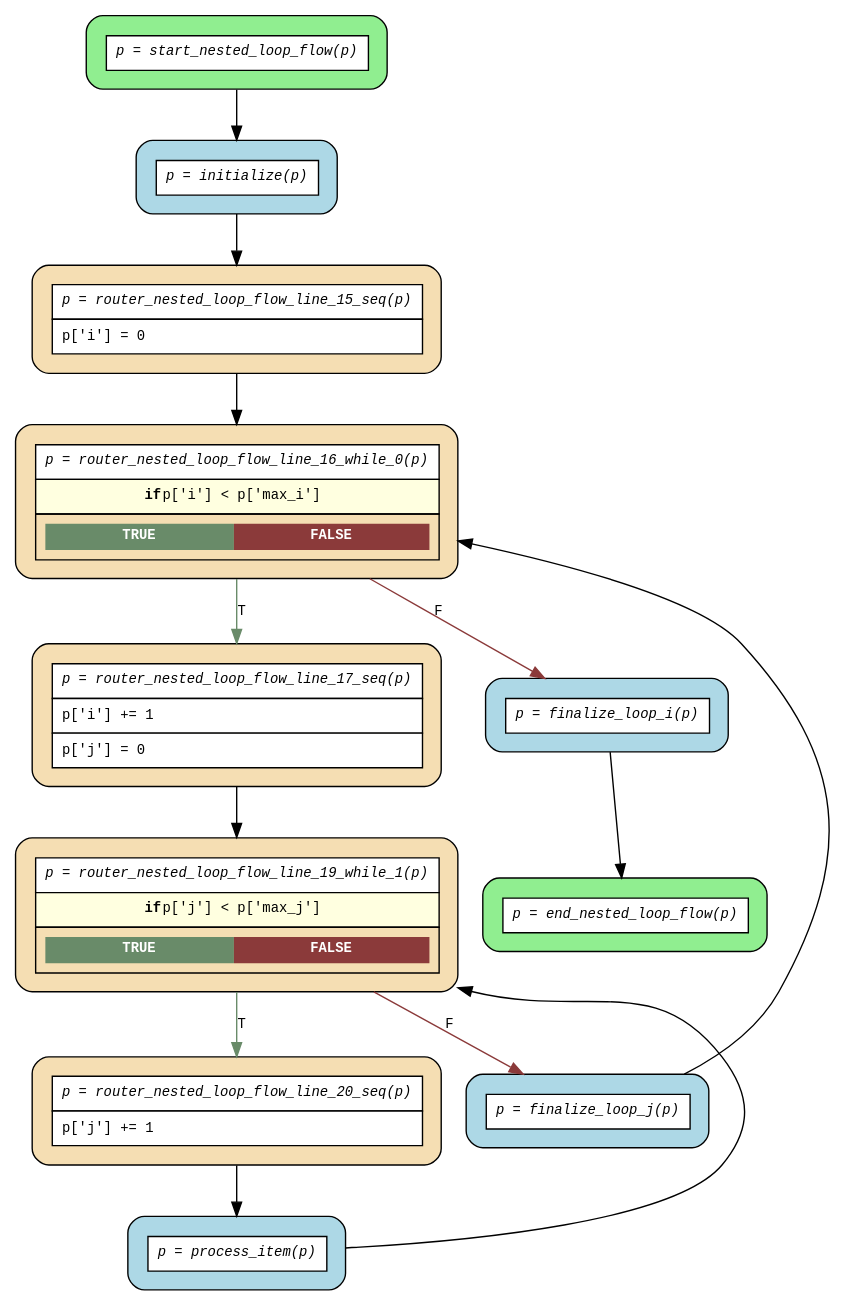
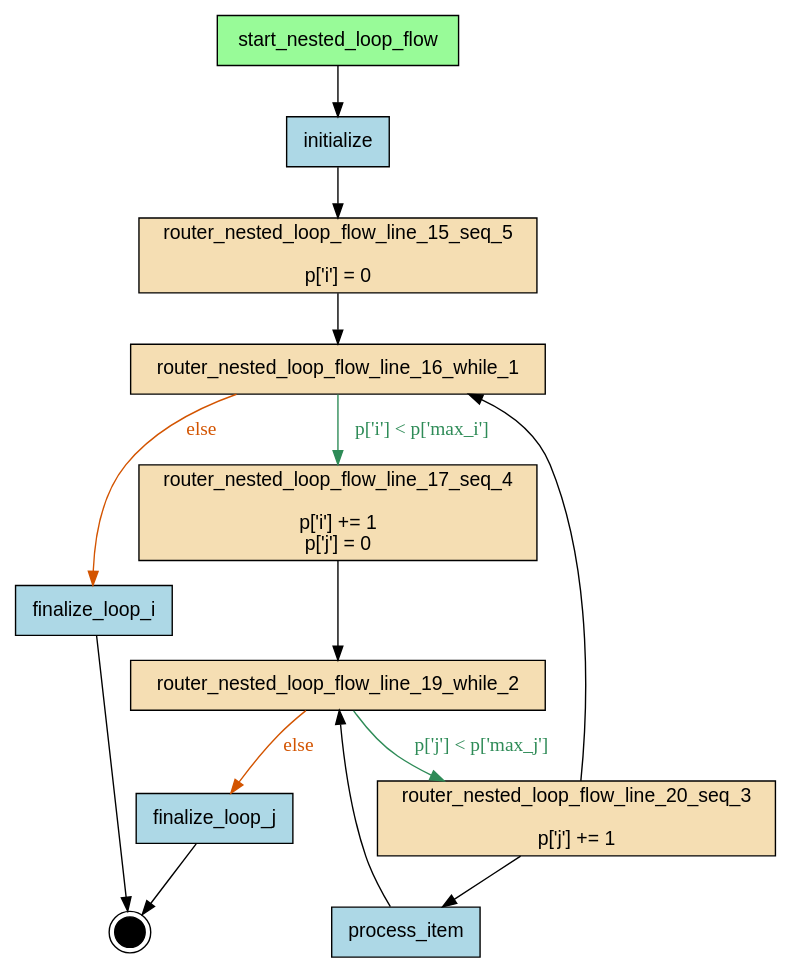
The diagram in examples/flows/compiled/while_nested_loop/flow.dot (deliveryhero/asya), drawn with Graphviz before and after one commit. The commit also changed 413 other files, not shown here.

First line of the commit message:
refactor(compiler): Phase 1 — replace ir/grouper/dotgen with analyzer/graphgen (#337)

```diff
--- a/examples/flows/compiled/while_nested_loop/flow.dot
+++ b/examples/flows/compiled/while_nested_loop/flow.dot
@@ -1,31 +1,33 @@
-digraph flow {
-  rankdir=TB;
-  graph [fontname="Courier", fontsize=10];
-  node [fontname="Courier", fontsize=10, shape=box, style="filled,rounded", margin="0.2"];
-  edge [fontname="Courier", fontsize=10];
+digraph "nested_loop_flow" {
+    rankdir=TB;
+    node [shape=box, style=filled, fontname="Helvetica"];
 
-  start_nested_loop_flow [fillcolor="lightgreen", group="main", label=<<table border="0" cellspacing="0" cellpadding="6" cellborder="1"><tr><td bgcolor="white" align="center"><i>p = start_nested_loop_flow(p)</i></td></tr></table>>];
-  router_nested_loop_flow_line_20_seq [fillcolor="wheat", group="main", label=<<table border="0" cellspacing="0" cellpadding="6" cellborder="1"><tr><td bgcolor="white" align="center"><i>p = router_nested_loop_flow_line_20_seq(p)</i></td></tr><tr><td bgcolor="white" align="left">p['j'] += 1</td></tr></table>>];
-  router_nested_loop_flow_line_19_while_1 [fillcolor="wheat", group="main", label=<<table border="0" cellspacing="0" cellpadding="6" cellborder="1"><tr><td bgcolor="white" align="center"><i>p = router_nested_loop_flow_line_19_while_1(p)</i></td></tr><tr><td bgcolor="lightyellow"><b>if</b> p['j'] &lt; p['max_j']</td></tr><tr><td><table border="0" cellspacing="0" cellpadding="4"><tr><td bgcolor="darkseagreen4"><font color="white"><b>TRUE</b></font></td><td bgcolor="indianred4"><font color="white"><b>FALSE</b></font></td></tr></table></td></tr></table>>];
-  router_nested_loop_flow_line_17_seq [fillcolor="wheat", group="main", label=<<table border="0" cellspacing="0" cellpadding="6" cellborder="1"><tr><td bgcolor="white" align="center"><i>p = router_nested_loop_flow_line_17_seq(p)</i></td></tr><tr><td bgcolor="white" align="left">p['i'] += 1</td></tr><tr><td bgcolor="white" align="left">p['j'] = 0</td></tr></table>>];
-  router_nested_loop_flow_line_16_while_0 [fillcolor="wheat", group="main", label=<<table border="0" cellspacing="0" cellpadding="6" cellborder="1"><tr><td bgcolor="white" align="center"><i>p = router_nested_loop_flow_line_16_while_0(p)</i></td></tr><tr><td bgcolor="lightyellow"><b>if</b> p['i'] &lt; p['max_i']</td></tr><tr><td><table border="0" cellspacing="0" cellpadding="4"><tr><td bgcolor="darkseagreen4"><font color="white"><b>TRUE</b></font></td><td bgcolor="indianred4"><font color="white"><b>FALSE</b></font></td></tr></table></td></tr></table>>];
-  router_nested_loop_flow_line_15_seq [fillcolor="wheat", group="main", label=<<table border="0" cellspacing="0" cellpadding="6" cellborder="1"><tr><td bgcolor="white" align="center"><i>p = router_nested_loop_flow_line_15_seq(p)</i></td></tr><tr><td bgcolor="white" align="left">p['i'] = 0</td></tr></table>>];
-  end_nested_loop_flow [fillcolor="lightgreen", group="main", label=<<table border="0" cellspacing="0" cellpadding="6" cellborder="1"><tr><td bgcolor="white" align="center"><i>p = end_nested_loop_flow(p)</i></td></tr></table>>];
-  finalize_loop_i [fillcolor="lightblue", label=<<table border="0" cellspacing="0" cellpadding="6" cellborder="1"><tr><td bgcolor="white" align="center"><i>p = finalize_loop_i(p)</i></td></tr></table>>];
-  finalize_loop_j [fillcolor="lightblue", label=<<table border="0" cellspacing="0" cellpadding="6" cellborder="1"><tr><td bgcolor="white" align="center"><i>p = finalize_loop_j(p)</i></td></tr></table>>];
-  initialize [fillcolor="lightblue", label=<<table border="0" cellspacing="0" cellpadding="6" cellborder="1"><tr><td bgcolor="white" align="center"><i>p = initialize(p)</i></td></tr></table>>];
-  process_item [fillcolor="lightblue", label=<<table border="0" cellspacing="0" cellpadding="6" cellborder="1"><tr><td bgcolor="white" align="center"><i>p = process_item(p)</i></td></tr></table>>];
+    { rank=source; start_nested_loop_flow; }
 
-  finalize_loop_i -> end_nested_loop_flow;
-  finalize_loop_j -> router_nested_loop_flow_line_16_while_0 [constraint=false];
-  initialize -> router_nested_loop_flow_line_15_seq;
-  process_item -> router_nested_loop_flow_line_19_while_1 [constraint=false];
-  router_nested_loop_flow_line_15_seq -> router_nested_loop_flow_line_16_while_0;
-  router_nested_loop_flow_line_16_while_0 -> finalize_loop_i [label="F", color=indianred4];
-  router_nested_loop_flow_line_16_while_0 -> router_nested_loop_flow_line_17_seq [label="T", color=darkseagreen4];
-  router_nested_loop_flow_line_17_seq -> router_nested_loop_flow_line_19_while_1;
-  router_nested_loop_flow_line_19_while_1 -> finalize_loop_j [label="F", color=indianred4];
-  router_nested_loop_flow_line_19_while_1 -> router_nested_loop_flow_line_20_seq [label="T", color=darkseagreen4];
-  router_nested_loop_flow_line_20_seq -> process_item;
-  start_nested_loop_flow -> initialize;
+    finalize_loop_i [label="finalize_loop_i", fillcolor=lightblue];
+    finalize_loop_j [label="finalize_loop_j", fillcolor=lightblue];
+    initialize [label="initialize", fillcolor=lightblue];
+    process_item [label="process_item", fillcolor=lightblue];
+    router_nested_loop_flow_line_15_seq_5 [label="router_nested_loop_flow_line_15_seq_5\n\np['i'] = 0", fillcolor=wheat];
+    router_nested_loop_flow_line_16_while_1 [label="router_nested_loop_flow_line_16_while_1", fillcolor=wheat];
+    router_nested_loop_flow_line_17_seq_4 [label="router_nested_loop_flow_line_17_seq_4\n\np['i'] += 1\np['j'] = 0", fillcolor=wheat];
+    router_nested_loop_flow_line_19_while_2 [label="router_nested_loop_flow_line_19_while_2", fillcolor=wheat];
+    router_nested_loop_flow_line_20_seq_3 [label="router_nested_loop_flow_line_20_seq_3\n\np['j'] += 1", fillcolor=wheat];
+    start_nested_loop_flow [label="start_nested_loop_flow", fillcolor=palegreen];
+
+    __end__ [label="", shape=doublecircle, fillcolor=black, width=0.3, fixedsize=true];
+
+    start_nested_loop_flow -> initialize;
+    initialize -> router_nested_loop_flow_line_15_seq_5;
+    router_nested_loop_flow_line_20_seq_3 -> process_item;
+    router_nested_loop_flow_line_19_while_2 -> router_nested_loop_flow_line_20_seq_3 [label="p['j'] < p['max_j']", color="#2E8B57", fontcolor="#2E8B57"];
+    router_nested_loop_flow_line_19_while_2 -> finalize_loop_j [label="else", color="#D35400", fontcolor="#D35400"];
+    router_nested_loop_flow_line_17_seq_4 -> router_nested_loop_flow_line_19_while_2;
+    router_nested_loop_flow_line_16_while_1 -> router_nested_loop_flow_line_17_seq_4 [label="p['i'] < p['max_i']", color="#2E8B57", fontcolor="#2E8B57"];
+    router_nested_loop_flow_line_16_while_1 -> finalize_loop_i [label="else", color="#D35400", fontcolor="#D35400"];
+    router_nested_loop_flow_line_15_seq_5 -> router_nested_loop_flow_line_16_while_1;
+    process_item -> router_nested_loop_flow_line_19_while_2;
+    router_nested_loop_flow_line_20_seq_3 -> router_nested_loop_flow_line_16_while_1;
+    finalize_loop_i -> __end__;
+    finalize_loop_j -> __end__;
 }
```
